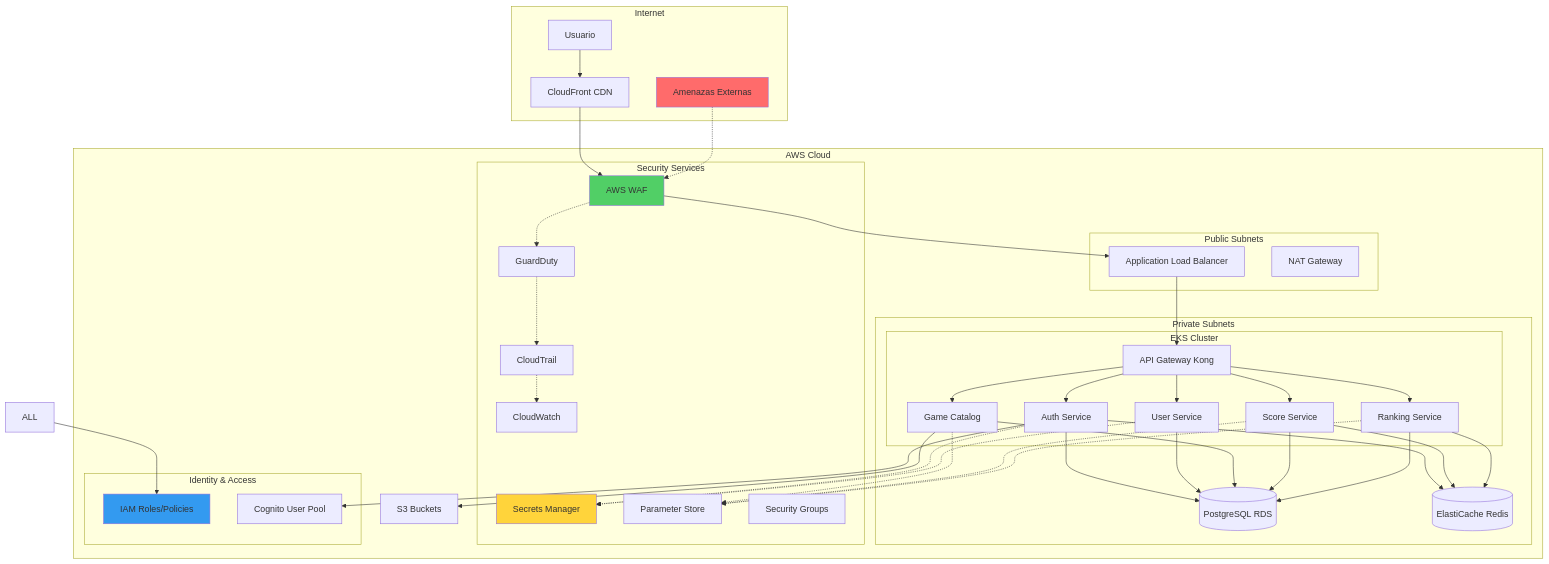
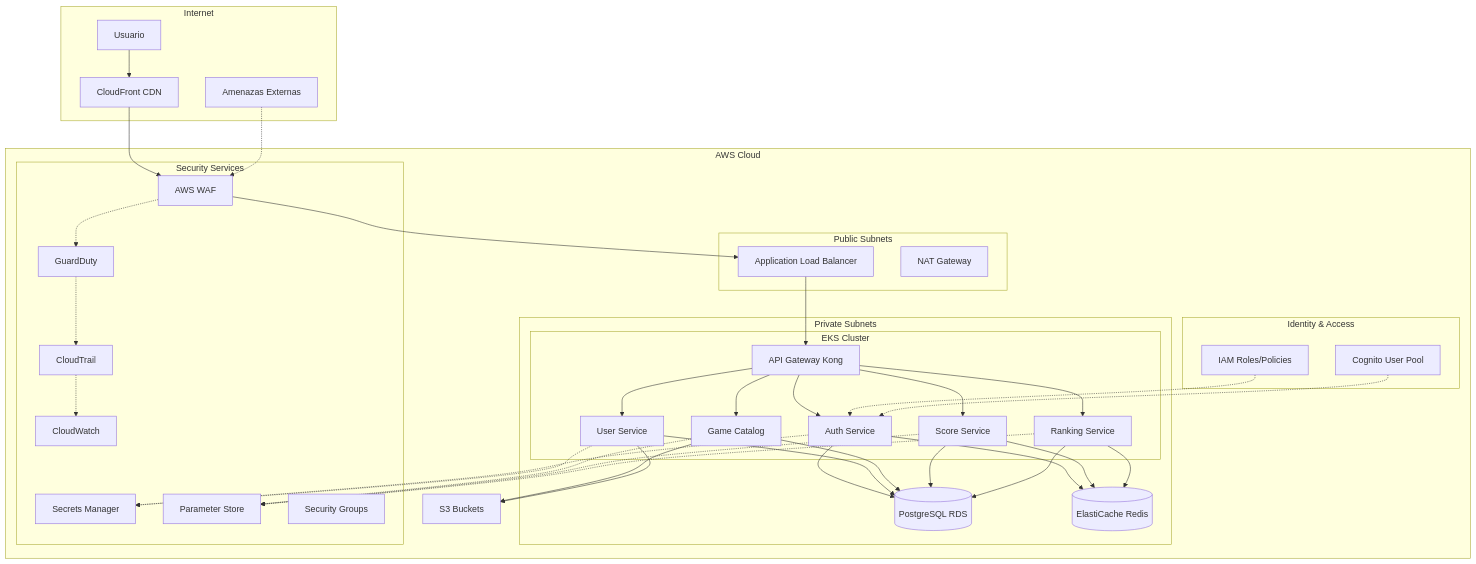
One commit to retrogamecloud/docs changed the diagram in infrastructure/security.mdx. Above: the diagram before and after it, drawn with Mermaid. The commit also changed other lines of this file and 29 other files, not shown here.

````diff
--- a/infrastructure/security.mdx
+++ b/infrastructure/security.mdx
@@ -88,13 +88,9 @@
     SCORE --> REDIS
     RANK --> REDIS
 
+    IAM -.-> AUTH
+    COGNITO -.-> AUTH
+    
     GAME --> S3
-    AUTH --> COGNITO
-    ALL --> IAM
-
-    style ATTACKER fill:#ff6b6b
-    style WAF fill:#51cf66
-    style SM fill:#ffd43b
-    style IAM fill:#339af0
-
+    USER --> S3
 ```
````
